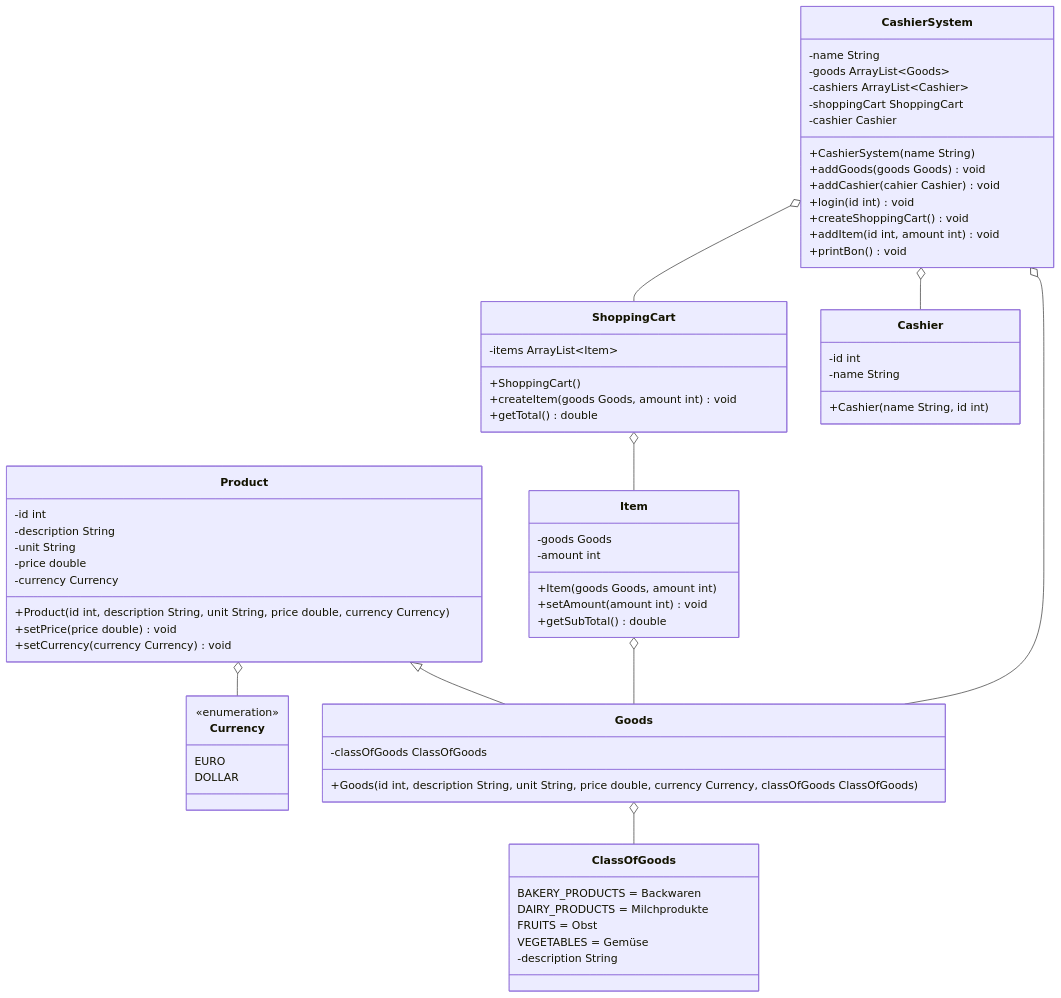
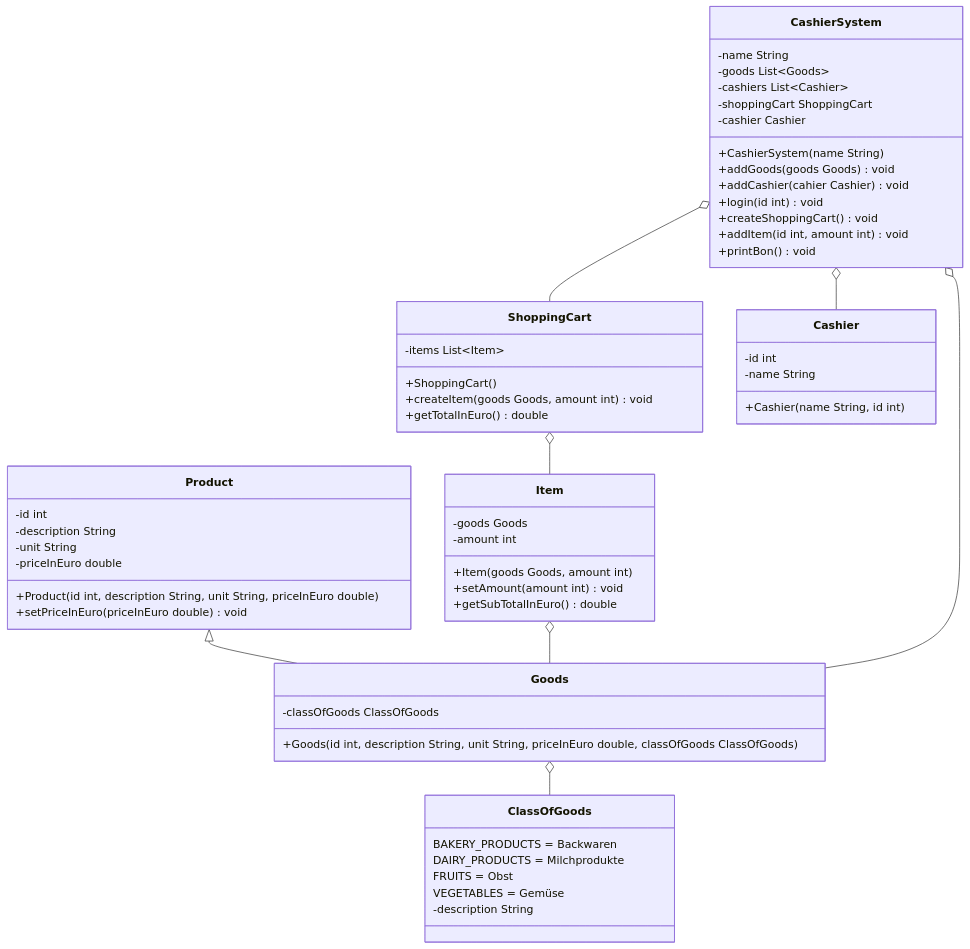
One commit to jappuccini/java-docs changed the diagram in docs/exam-exercises/exam-exercises-java1/cashier-system.md. Above: the diagram before and after it, drawn with Mermaid. The commit also changed other lines of this file, not shown here.

````diff
--- a/docs/exam-exercises/exam-exercises-java1/cashier-system.md
+++ b/docs/exam-exercises/exam-exercises-java1/cashier-system.md
@@ -11,77 +11,68 @@
 ```mermaid
 classDiagram
-    Product o-- Currency
     Product <|-- Goods
     Item o-- Goods
     ShoppingCart o-- Item
     Goods o-- ClassOfGoods
     CashierSystem o-- Goods
     CashierSystem o-- Cashier
     CashierSystem o-- ShoppingCart
 
     class Product {
         -id int
         -description String
         -unit String
-        -price double
-        -currency Currency
-        +Product(id int, description String, unit String, price double, currency Currency)
-        +setPrice(price double) void
-        +setCurrency(currency Currency) void
-    }
-
-    class Currency {
-        <<enumeration>>
-        EURO
-        DOLLAR
+        -priceInEuro double
+        +Product(id int, description String, unit String, priceInEuro double)
+        +setPriceInEuro(priceInEuro double) void
     }
 
     class Goods {
         -classOfGoods ClassOfGoods
-        +Goods(id int, description String, unit String, price double, currency Currency, classOfGoods ClassOfGoods)
+        +Goods(id int, description String, unit String, priceInEuro double, classOfGoods ClassOfGoods)
     }
 
     class Item {
         -goods Goods
         -amount int
         +Item(goods Goods, amount int)
         +setAmount(amount int) void
-        +getSubTotal() double
+        +getSubTotalInEuro() double
     }
 
     class ShoppingCart {
-        -items ArrayList~Item~
+        -items List~Item~
         +ShoppingCart()
         +createItem(goods Goods, amount int) void
-        +getTotal() double
+        +getTotalInEuro() double
     }
 
     class ClassOfGoods {
         BAKERY_PRODUCTS = Backwaren
         DAIRY_PRODUCTS = Milchprodukte
         FRUITS = Obst
         VEGETABLES = Gemüse
         -description String
     }
 
     class CashierSystem {
         -name String
-        -goods ArrayList~Goods~
-        -cashiers ArrayList~Cashier~
+        -goods List~Goods~
+        -cashiers List~Cashier~
         -shoppingCart ShoppingCart
         -cashier Cashier
         +CashierSystem(name String)
         +addGoods(goods Goods) void
         +addCashier(cahier Cashier) void
         +login(id int) void
         +createShoppingCart() void
         +addItem(id int, amount int) void
         +printBon() void
     }
 
     class Cashier {
         -id int
         -name String
         +Cashier(name String, id int)
     }
 ```
````
